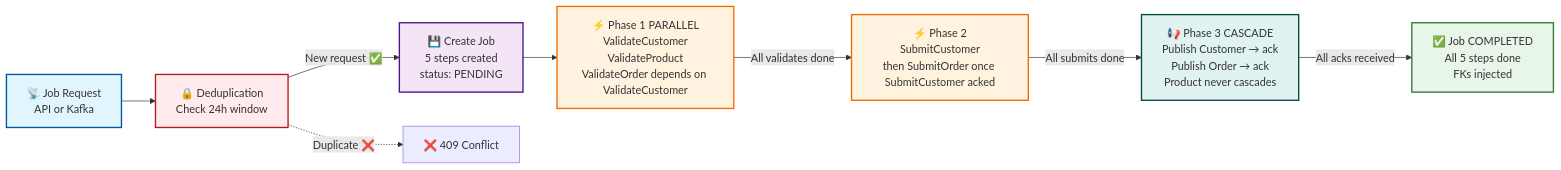
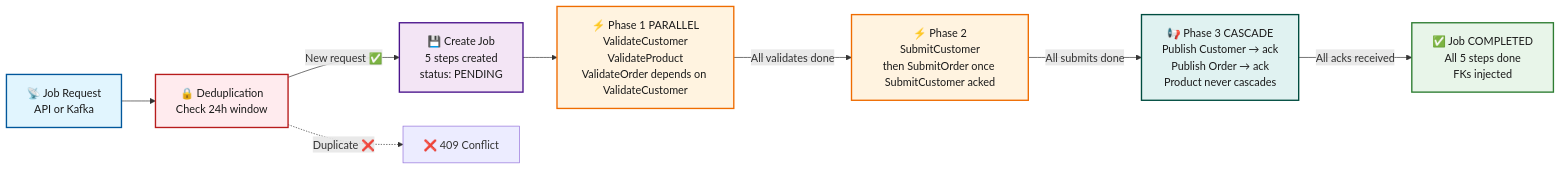
The eighth of 9 diagrams in docs/guides/system-architecture.md (inctasoft/setpoint-evals-dtm-examples), drawn with Mermaid before and after one commit. The commit also changed other lines of this file and 1 other file, not shown here.

First line of the commit message:
docs: explicit dark text color on 46 pastel mermaid classDefs (scout M5, #123) (#124)

````diff
--- a/docs/guides/system-architecture.md
+++ b/docs/guides/system-architecture.md
@@ -945,38 +945,38 @@
 ```mermaid
 graph LR
     START[📡 Job Request<br/>API or Kafka]
 
     DEDUP[🔒 Deduplication<br/>Check 24h window]
 
     CREATE[💾 Create Job<br/>5 steps created<br/>status: PENDING]
 
     PHASE1[⚡ Phase 1 PARALLEL<br/>ValidateCustomer<br/>ValidateProduct<br/>ValidateOrder depends on ValidateCustomer]
 
     PHASE2[⚡ Phase 2<br/>SubmitCustomer<br/>then SubmitOrder once SubmitCustomer acked]
 
     CASCADE[📢 Phase 3 CASCADE<br/>Publish Customer → ack<br/>Publish Order → ack<br/>Product never cascades]
 
     COMPLETE[✅ Job COMPLETED<br/>All 5 steps done<br/>FKs injected]
 
     START --> DEDUP
     DEDUP -->|New request ✅| CREATE
     DEDUP -.->|Duplicate ❌| REJECT[❌ 409 Conflict]
     CREATE --> PHASE1
     PHASE1 -->|All validates done| PHASE2
     PHASE2 -->|All submits done| CASCADE
     CASCADE -->|All acks received| COMPLETE
 
-    classDef entry fill:#e1f5fe,stroke:#01579b,stroke-width:2px
-    classDef security fill:#ffebee,stroke:#b71c1c,stroke-width:2px
-    classDef orchestrator fill:#f3e5f5,stroke:#4a148c,stroke-width:2px
-    classDef processing fill:#fff3e0,stroke:#ef6c00,stroke-width:2px
-    classDef kafka fill:#e0f2f1,stroke:#004d40,stroke-width:2px
-    classDef complete fill:#e8f5e9,stroke:#2e7d32,stroke-width:2px
+    classDef entry fill:#e1f5fe,color:#1a1a1a,stroke:#01579b,stroke-width:2px
+    classDef security fill:#ffebee,color:#1a1a1a,stroke:#b71c1c,stroke-width:2px
+    classDef orchestrator fill:#f3e5f5,color:#1a1a1a,stroke:#4a148c,stroke-width:2px
+    classDef processing fill:#fff3e0,color:#1a1a1a,stroke:#ef6c00,stroke-width:2px
+    classDef kafka fill:#e0f2f1,color:#1a1a1a,stroke:#004d40,stroke-width:2px
+    classDef complete fill:#e8f5e9,color:#1a1a1a,stroke:#2e7d32,stroke-width:2px
 
     class START entry
     class DEDUP security
     class CREATE orchestrator
     class PHASE1,PHASE2 processing
     class CASCADE kafka
     class COMPLETE complete
 ```
````
